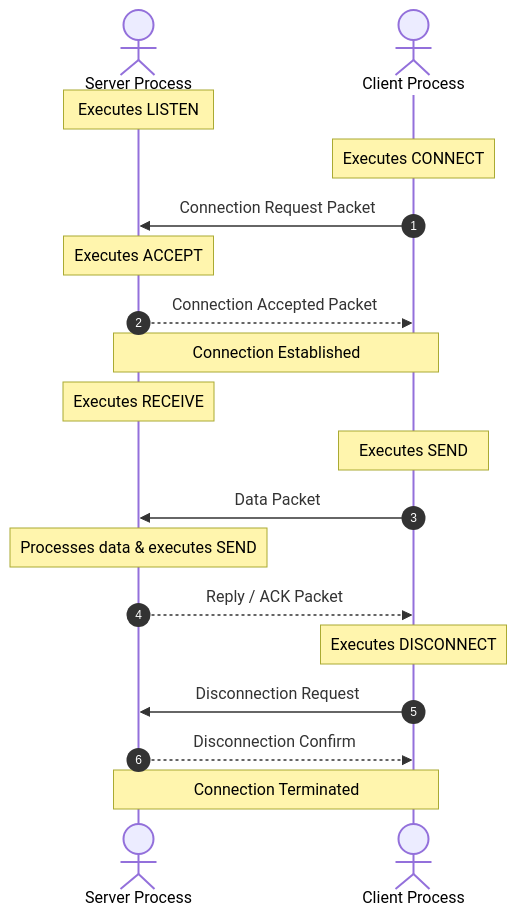
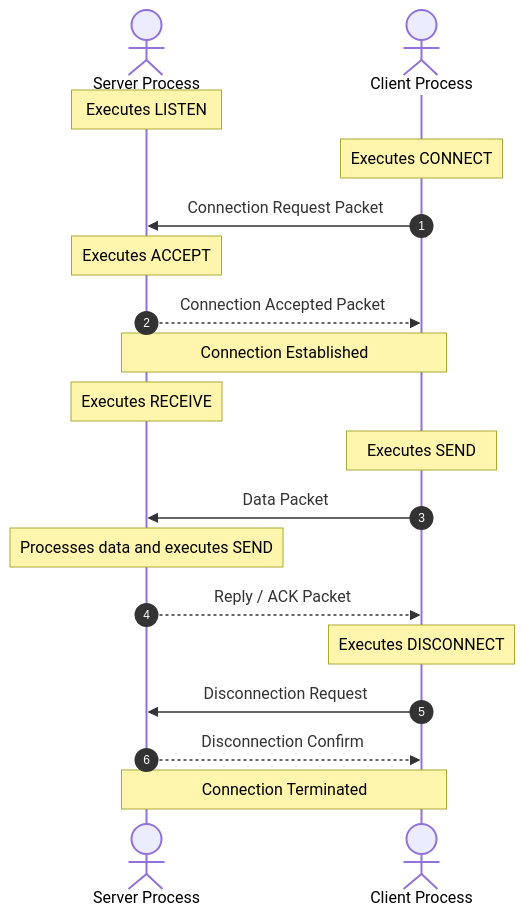
Before and after one commit to DeepLumiere/DeepSkills: the second of 5 diagrams in notes/computer_networks/Chapter_1_Introduction.md, drawn with Mermaid. The commit also changed other lines of this file and 23 other files, not shown here.

First line of the commit message:
fix: sanitize all Mermaid 10.x diagrams and expand Microprocessors exam guide

````diff
--- a/notes/computer_networks/Chapter_1_Introduction.md
+++ b/notes/computer_networks/Chapter_1_Introduction.md
@@ -242,21 +242,21 @@
 ```mermaid
 sequenceDiagram
     autonumber
     actor Server as Server Process
     actor Client as Client Process
     Note over Server: Executes LISTEN
     Note over Client: Executes CONNECT
     Client->>Server: Connection Request Packet
     Note over Server: Executes ACCEPT
     Server-->>Client: Connection Accepted Packet
     Note over Client,Server: Connection Established
     Note over Server: Executes RECEIVE
     Note over Client: Executes SEND
     Client->>Server: Data Packet
-    Note over Server: Processes data & executes SEND
+    Note over Server: Processes data and executes SEND
     Server-->>Client: Reply / ACK Packet
     Note over Client: Executes DISCONNECT
     Client->>Server: Disconnection Request
     Server-->>Client: Disconnection Confirm
     Note over Client,Server: Connection Terminated
 ```
````
